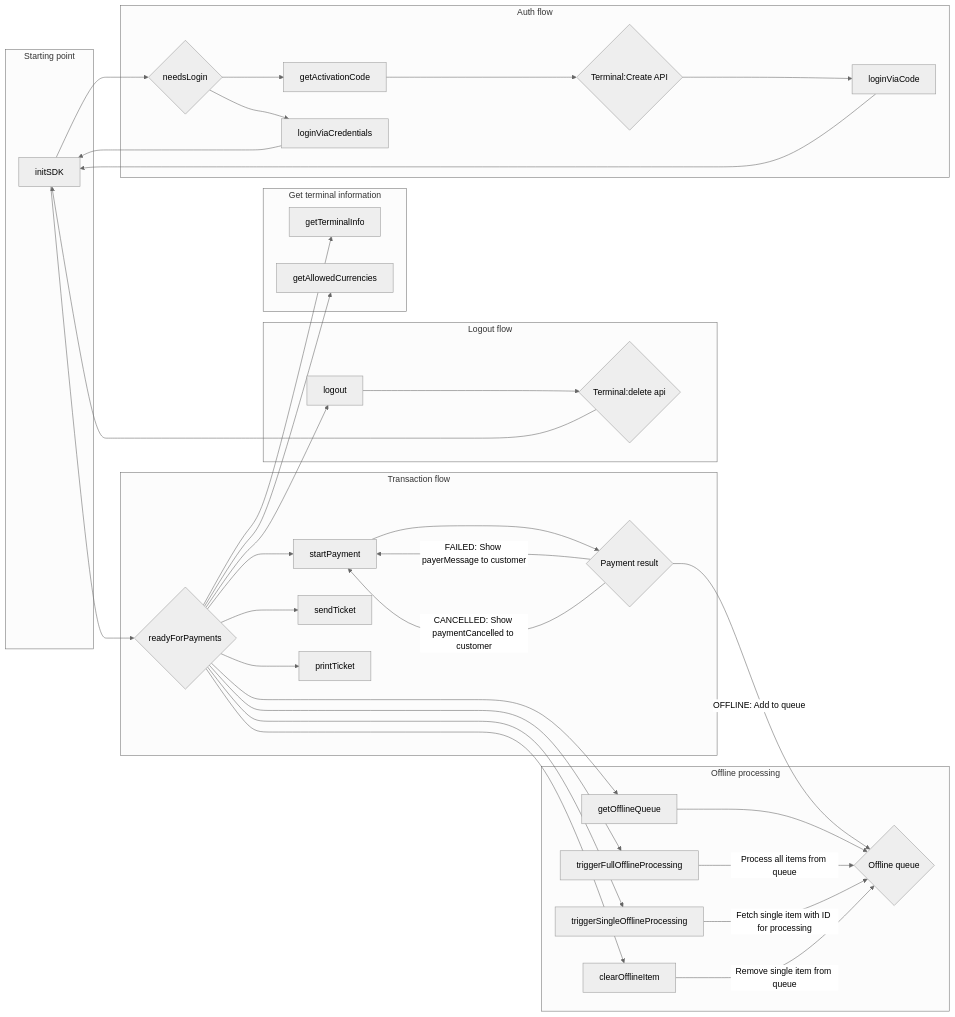
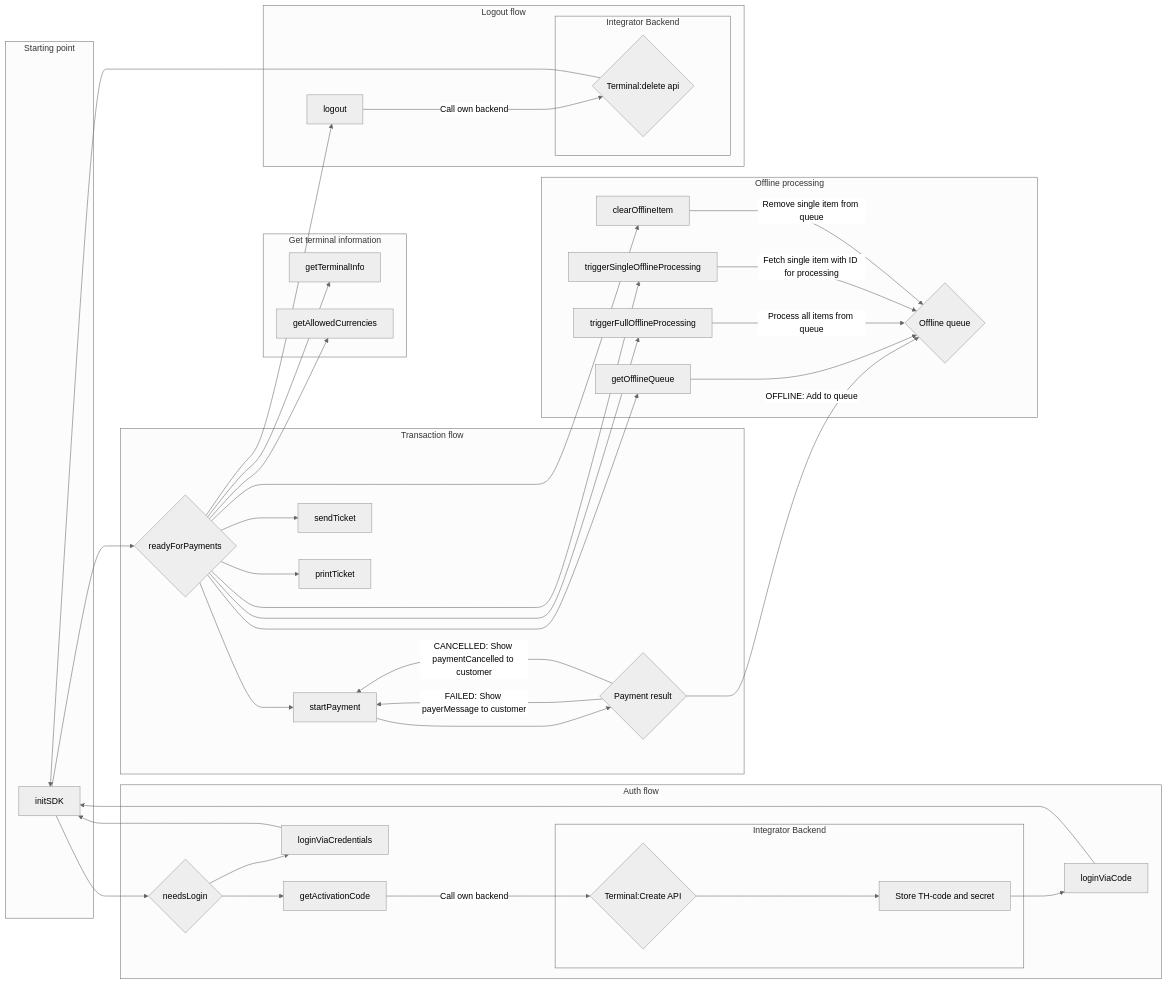
One commit to paynl/POS.SDK changed the diagram in docs/sdk-android-pax.md. Above: the diagram before and after it, drawn with Mermaid (neutral theme). The commit also changed 3 other files, not shown here.

````diff
--- a/docs/sdk-android-pax.md
+++ b/docs/sdk-android-pax.md
@@ -113,49 +113,54 @@
 ```mermaid
 flowchart LR;
   subgraph Starting point
   A[initSDK]
   end
-
+ 
+  subgraph Auth flow
+  A --> M{needsLogin}
+  M --> C[getActivationCode]
+  C --> |Call own backend| D{Terminal:Create API}
+  subgraph Integrator Backend
+        D --> D2[Store TH-code and secret]
+  end
+  D2 --> E[loginViaCode]
+  E --> A
+  M --> G[loginViaCredentials]
+  G --> A
+  end
+  
   subgraph Transaction flow
   A --> B{readyForPayments}
   B --> F[startPayment]
   F --> H{Payment result}
   B --> N[sendTicket]
   B --> T[printTicket]
   H --> |FAILED: Show payerMessage to customer| F
   H --> |CANCELLED: Show paymentCancelled to customer| F
   end
 
   subgraph Get terminal information
   B --> I[getTerminalInfo]
   B --> J[getAllowedCurrencies]
   end
 
-  subgraph Auth flow
-  A --> M{needsLogin}
-  M --> C[getActivationCode]
-  C --> D{Terminal:Create API}
-  D --> E[loginViaCode]
-  E --> A
-  M --> G[loginViaCredentials]
-  G --> A
-  end
-  
-  subgraph Logout flow
-  B --> K[logout]
-  K --> L{Terminal:delete api}
-  L --> A
-  end
-
   subgraph Offline processing
   H -->|OFFLINE: Add to queue| O{Offline queue}
   B --> P[getOfflineQueue]
   P --> O
   B --> Q[triggerFullOfflineProcessing]
   Q -->|Process all items from queue| O
   B --> R[triggerSingleOfflineProcessing]
   R -->|Fetch single item with ID for processing| O
   B --> S[clearOfflineItem]
   S -->|Remove single item from queue| O
   end
+  
+  subgraph Logout flow
+  B --> K[logout]
+  K --> |Call own backend| L{Terminal:delete api}
+  subgraph Integrator Backend
+        L --> A
+  end
+  end
 ```
````
